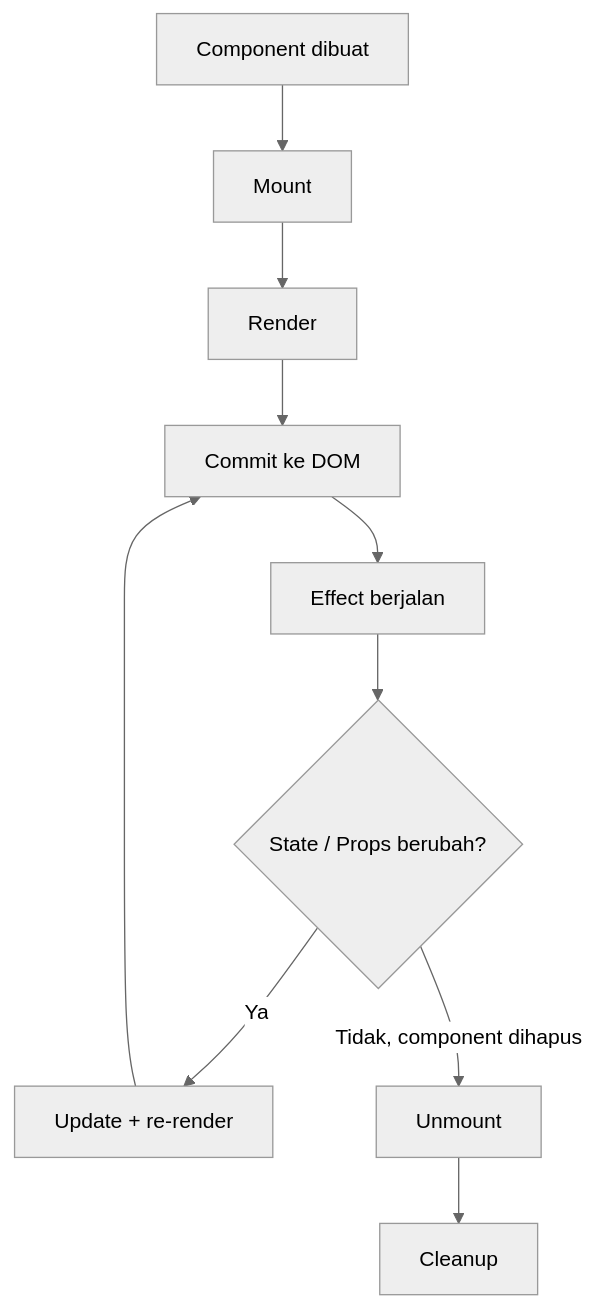
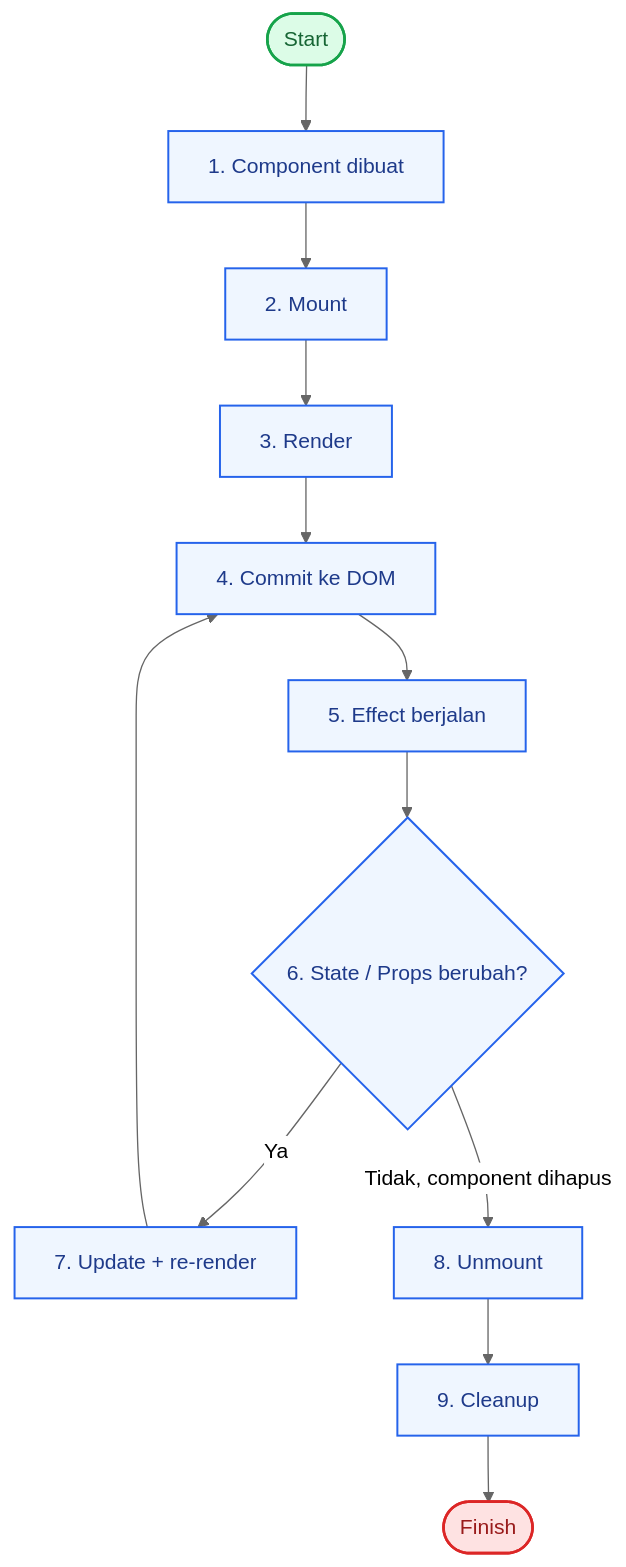
One commit to seftronics/react-basic changed the diagram in doc/react-lifecycle-overview.md. Above: the diagram before and after it, drawn with Mermaid (neutral theme). The commit also changed 8 other files, not shown here.

````diff
--- a/doc/react-lifecycle-overview.md
+++ b/doc/react-lifecycle-overview.md
@@ -33,12 +33,19 @@
 ```mermaid
 flowchart TD
-    A[Component dibuat] --> B[Mount]
-    B --> C[Render]
-    C --> D[Commit ke DOM]
-    D --> E[Effect berjalan]
-    E --> F{State / Props berubah?}
-    F -- Ya --> G[Update + re-render]
+    S([Start]) --> A[1. Component dibuat]
+    A --> B[2. Mount]
+    B --> C[3. Render]
+    C --> D[4. Commit ke DOM]
+    D --> E[5. Effect berjalan]
+    E --> F{6. State / Props berubah?}
+    F -- Ya --> G[7. Update + re-render]
     G --> D
-    F -- Tidak, component dihapus --> H[Unmount]
-    H --> I[Cleanup]
+    F -- Tidak, component dihapus --> H[8. Unmount]
+    H --> I[9. Cleanup]
+    I --> Z([Finish])
+    classDef default fill:#eff6ff,stroke:#2563eb,stroke-width:1.5px,color:#1e3a8a;
+    classDef start fill:#dcfce7,stroke:#16a34a,stroke-width:2px,color:#166534;
+    classDef finish fill:#fee2e2,stroke:#dc2626,stroke-width:2px,color:#991b1b;
+    class S start;
+    class Z finish;
 ```
````
